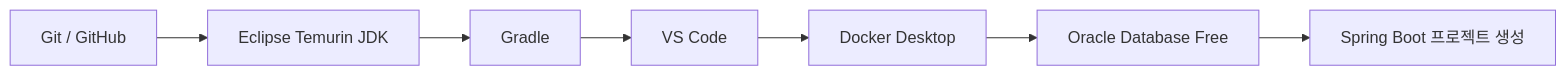
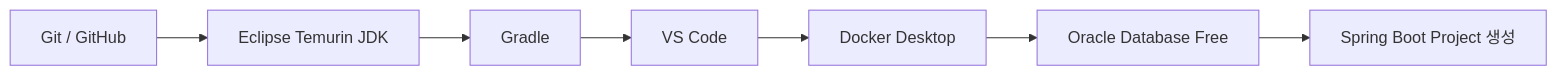
The first of 3 diagrams in docs/02_development_environment/03_macos/06_docker/docker_desktop_setup.md (Team-Microserver/microserver-docs), drawn with Mermaid before and after one commit. The commit also changed other lines of this file and 17 other files, not shown here.

````diff
--- a/docs/02_development_environment/03_macos/06_docker/docker_desktop_setup.md
+++ b/docs/02_development_environment/03_macos/06_docker/docker_desktop_setup.md
@@ -29,9 +28,9 @@
 ```mermaid
 flowchart LR
     A[Git / GitHub] --> B[Eclipse Temurin JDK]
     B --> C[Gradle]
     C --> D[VS Code]
     D --> E[Docker Desktop]
     E --> F[Oracle Database Free]
-    F --> G[Spring Boot 프로젝트 생성]
+    F --> G[Spring Boot Project 생성]
 ```
````
